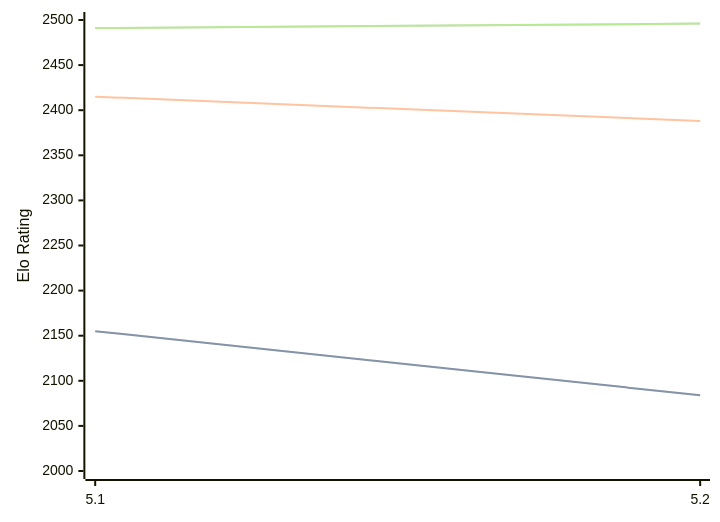
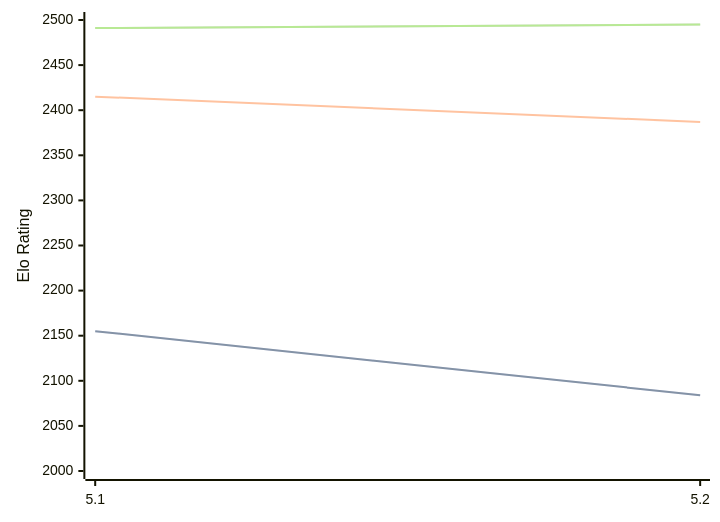
One commit to computer-chess-index/cci changed the first of 3 diagrams in engines/Prophet.md. Above: the diagram before and after it, drawn with Mermaid. The commit also changed other lines of this file, not shown here.

Commit message:
Update CCI Ratings (ELO VLTC) - 2026-07-06

````diff
--- a/engines/Prophet.md
+++ b/engines/Prophet.md
@@ -38,11 +38,11 @@
 ```mermaid
 %%{init: {"theme":"base","themeVariables":{"seriesColors:['#a3a3a3','#222221','#faa371']}}}%%
 xychart-beta
   x-axis ["5.1", "5.2"]
   y-axis "Elo Rating" 2000 --> 2500
   line "STC (8.0+0.08s)" [2155, 2084]
   line "STC (8.0+0.08s)" [2155, 2084]
-  line "LTC (60.0+0.60s)" [2415, 2388]
-  line "VLTC (2m24s+1.12s)" [2491, 2496]
-  line "VLTC (2m24s+1.12s)" [2491, 2496]
+  line "LTC (60.0+0.60s)" [2415, 2387]
+  line "VLTC (2m24s+1.12s)" [2491, 2495]
+  line "VLTC (2m24s+1.12s)" [2491, 2495]
 ```
````
